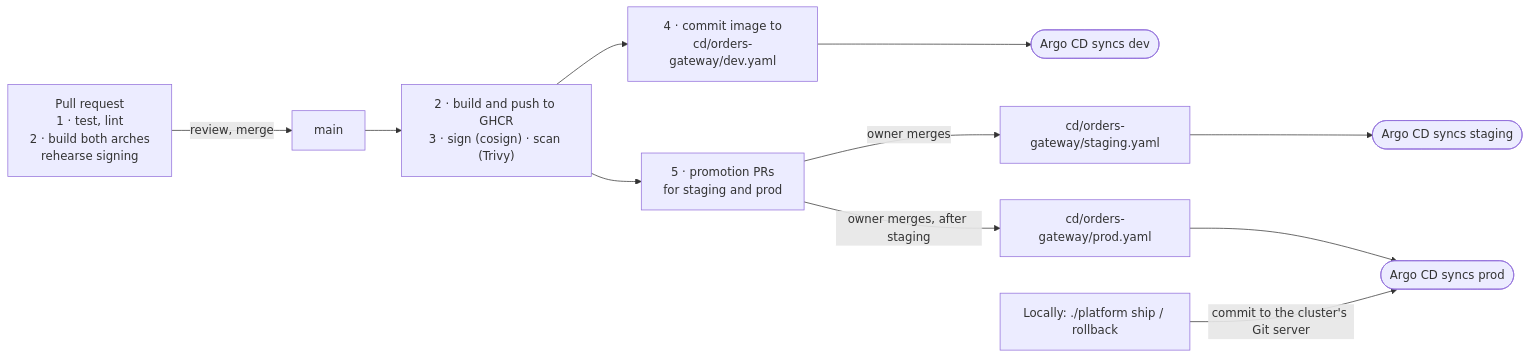
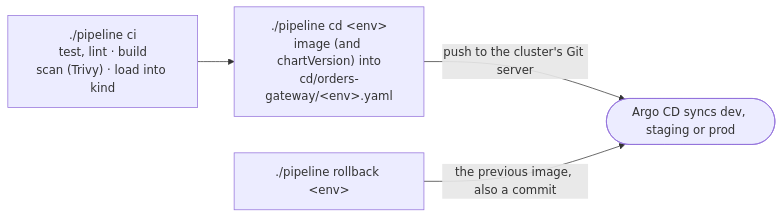
The second of 2 diagrams in README.md (iantest11111989/orders-gateway-platform), drawn with Mermaid before and after one commit. The commit also changed other lines of this file and 27 other files, not shown here.

````diff
--- a/README.md
+++ b/README.md
@@ -233,13 +233,6 @@
 ```mermaid
 flowchart LR
-  pr["Pull request<br/>1 · test, lint<br/>2 · build both arches<br/>rehearse signing"] -->|review, merge| main["main"]
-  main --> build["2 · build and push to GHCR<br/>3 · sign (cosign) · scan (Trivy)"]
-  build --> devc["4 · commit image to<br/>cd/orders-gateway/dev.yaml"]
-  devc --> devs(["Argo CD syncs dev"])
-  build --> prs["5 · promotion PRs<br/>for staging and prod"]
-  prs -->|"owner merges"| stc["cd/orders-gateway/staging.yaml"]
-  stc --> sts(["Argo CD syncs staging"])
-  prs -->|"owner merges, after staging"| prc["cd/orders-gateway/prod.yaml"]
-  prc --> prs2(["Argo CD syncs prod"])
-  localship["Locally: ./platform ship / rollback"] -->|"commit to the cluster's Git server"| prs2
+  ci["./pipeline ci<br/>test, lint · build<br/>scan (Trivy) · load into kind"] --> cd["./pipeline cd &lt;env&gt;<br/>image (and chartVersion) into<br/>cd/orders-gateway/&lt;env&gt;.yaml"]
+  cd -->|"push to the cluster's Git server"| argo(["Argo CD syncs dev, staging or prod"])
+  rb["./pipeline rollback &lt;env&gt;"] -->|"the previous image, also a commit"| argo
 ```
````
